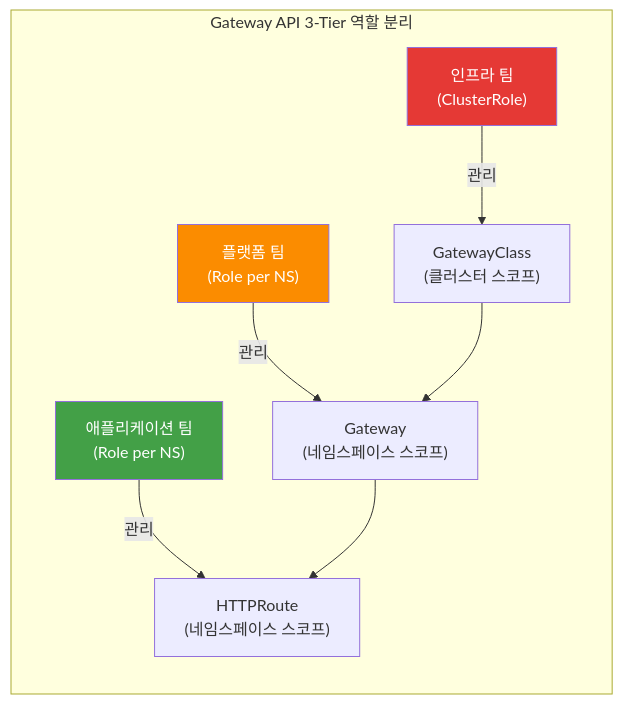
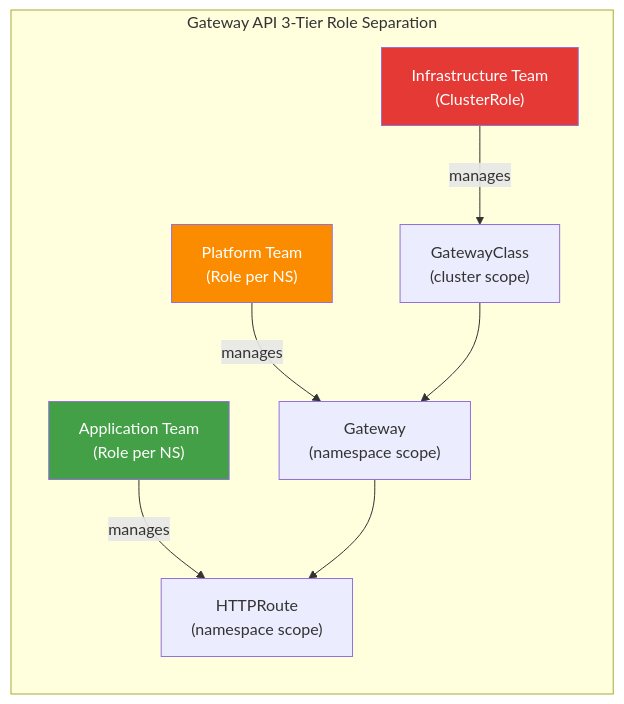
Before and after one commit to devfloor9/engineering-playbook: the third of 7 diagrams in docs/eks-best-practices/networking-performance/gateway-api-adoption-guide/index.md, drawn with Mermaid. The commit also changed other lines of this file and 954 other files, not shown here.

````diff
--- a/docs/eks-best-practices/networking-performance/gateway-api-adoption-guide/index.md
+++ b/docs/eks-best-practices/networking-performance/gateway-api-adoption-guide/index.md
@@ -240,19 +240,19 @@
 ```mermaid
 flowchart TB
-    subgraph cluster["Gateway API 3-Tier 역할 분리"]
+    subgraph cluster["Gateway API 3-Tier Role Separation"]
         direction TB
-        infra["인프라 팀<br/>(ClusterRole)"]
-        platform["플랫폼 팀<br/>(Role per NS)"]
-        app["애플리케이션 팀<br/>(Role per NS)"]
+        infra["Infrastructure Team<br/>(ClusterRole)"]
+        platform["Platform Team<br/>(Role per NS)"]
+        app["Application Team<br/>(Role per NS)"]
 
-        infra -->|"관리"| gc["GatewayClass<br/>(클러스터 스코프)"]
-        platform -->|"관리"| gw["Gateway<br/>(네임스페이스 스코프)"]
-        app -->|"관리"| hr["HTTPRoute<br/>(네임스페이스 스코프)"]
+        infra -->|"manages"| gc["GatewayClass<br/>(cluster scope)"]
+        platform -->|"manages"| gw["Gateway<br/>(namespace scope)"]
+        app -->|"manages"| hr["HTTPRoute<br/>(namespace scope)"]
     end
 
     gc --> gw --> hr
 
     style infra fill:#e53935,color:#fff
     style platform fill:#fb8c00,color:#fff
     style app fill:#43a047,color:#fff
 ```
````
